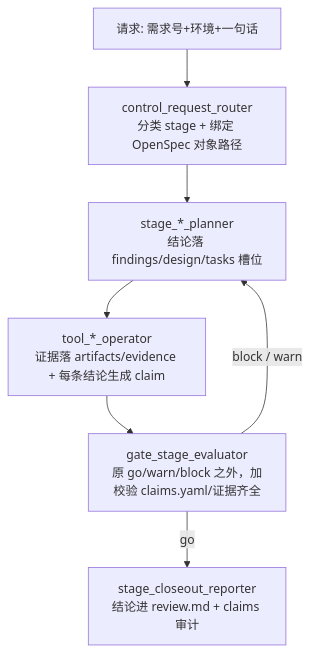
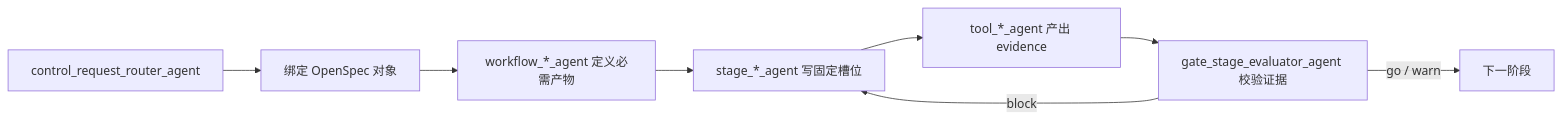
Before and after one commit to AllenQCH/obsidian_note: the diagram in my-multi-agents/02-我的agents原理/OpenSpec证据链怎么用.md, drawn with Mermaid. The commit also changed other lines of this file and 47 other files, not shown here.

````diff
--- a/my-multi-agents/02-我的agents原理/OpenSpec证据链怎么用.md
+++ b/my-multi-agents/02-我的agents原理/OpenSpec证据链怎么用.md
@@ -226,9 +36,10 @@
 ```mermaid
-flowchart TB
-  A[请求: 需求号+环境+一句话] --> B["control_request_router<br/>分类 stage + 绑定 OpenSpec 对象路径"]
-  B --> C["stage_*_planner<br/>结论落 findings/design/tasks 槽位"]
-  C --> D["tool_*_operator<br/>证据落 artifacts/evidence + 每条结论生成 claim"]
-  D --> E["gate_stage_evaluator<br/>原 go/warn/block 之外，加校验 claims.yaml/证据齐全"]
-  E -->|block / warn| C
-  E -->|go| F["stage_closeout_reporter<br/>结论进 review.md + claims 审计"]
+flowchart LR
+    R["control_request_router_agent"] --> O["绑定 OpenSpec 对象"]
+    O --> W["workflow_*_agent 定义必需产物"]
+    W --> S["stage_*_agent 写固定槽位"]
+    S --> T["tool_*_agent 产出 evidence"]
+    T --> G["gate_stage_evaluator_agent 校验证据"]
+    G -->|block| S
+    G -->|go / warn| N["下一阶段"]
 ```
````
